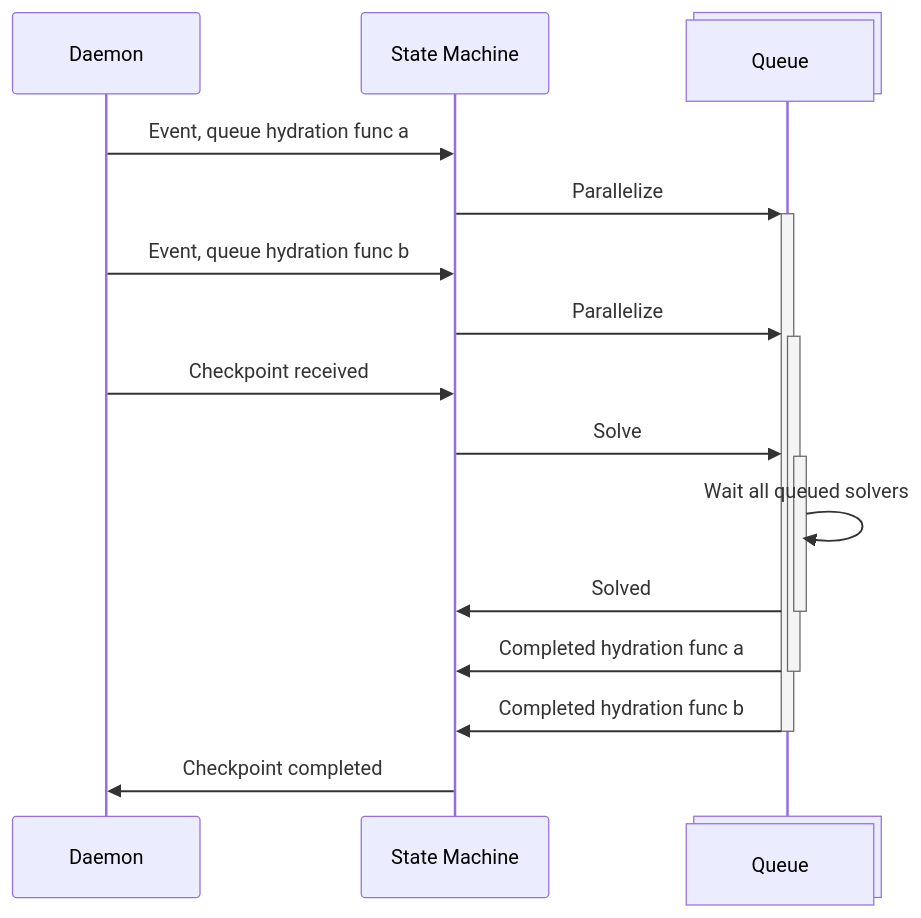
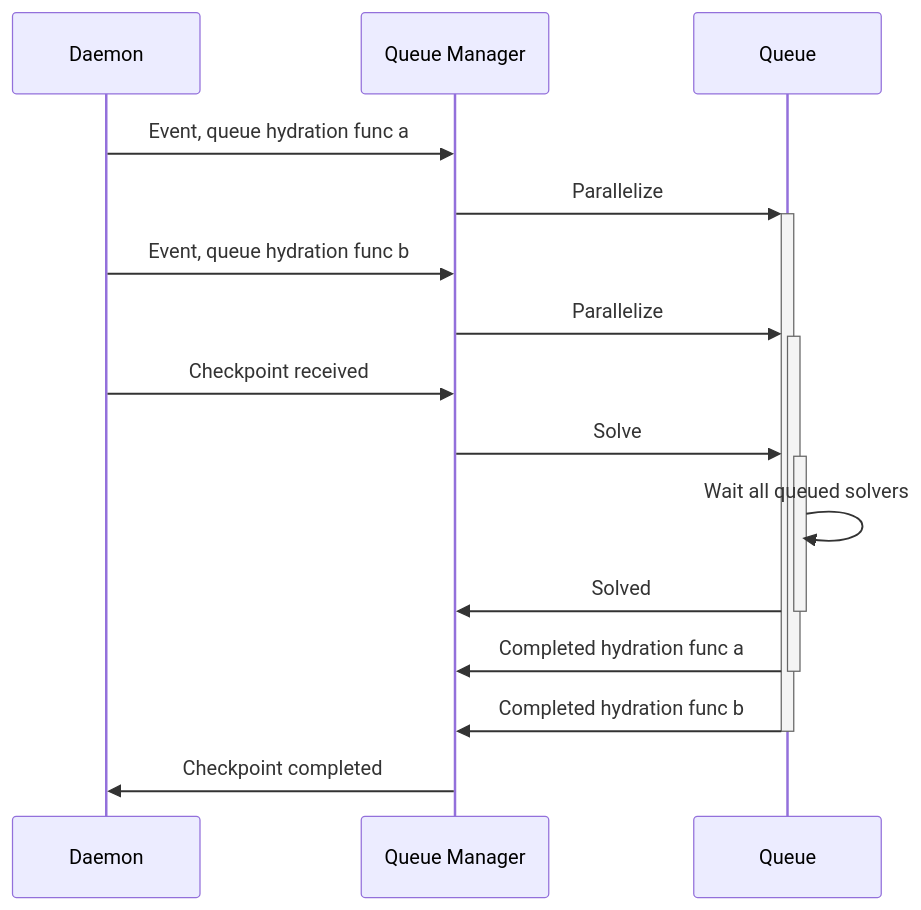
Before and after one commit to NVX-ai/nvx-consistent-api: the diagram in docs/release-details/01-the-hive.md, drawn with Mermaid. The commit also changed other lines of this file and 2 other files, not shown here.

````diff
--- a/docs/release-details/01-the-hive.md
+++ b/docs/release-details/01-the-hive.md
@@ -7,17 +7,17 @@
 ```mermaid
 sequenceDiagram
   participant Daemon
-  participant State Machine
-  participant Queue@{ "type" : "collections" }
-  Daemon->>State Machine:Event, queue hydration func a
-  State Machine->>+Queue:Parallelize
-  Daemon->>State Machine:Event, queue hydration func b
-  State Machine->>+Queue:Parallelize
-  Daemon->>State Machine:Checkpoint received
-  State Machine->>+Queue:Solve
+  participant Queue Manager
+  participant Queue
+  Daemon->>Queue Manager:Event, queue hydration func a
+  Queue Manager->>+Queue:Parallelize
+  Daemon->>Queue Manager:Event, queue hydration func b
+  Queue Manager->>+Queue:Parallelize
+  Daemon->>Queue Manager:Checkpoint received
+  Queue Manager->>+Queue:Solve
   Queue->>Queue:Wait all queued solvers
-  Queue->>-State Machine:Solved
-  Queue->>-State Machine:Completed hydration func a
-  Queue->>-State Machine:Completed hydration func b
-  State Machine->>Daemon:Checkpoint completed
+  Queue->>-Queue Manager:Solved
+  Queue->>-Queue Manager:Completed hydration func a
+  Queue->>-Queue Manager:Completed hydration func b
+  Queue Manager->>Daemon:Checkpoint completed
 ```
````
